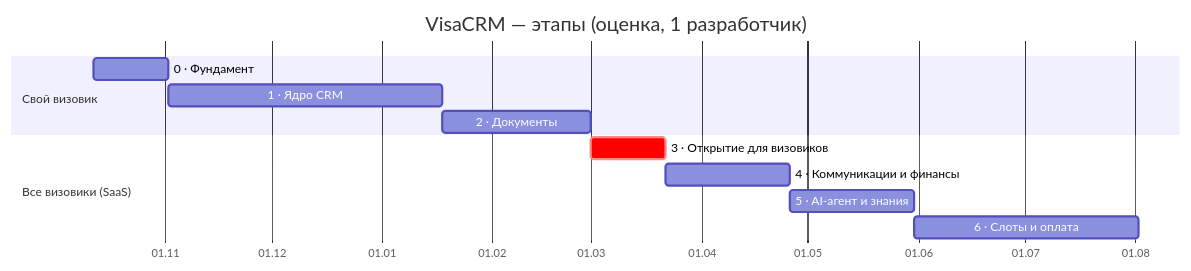
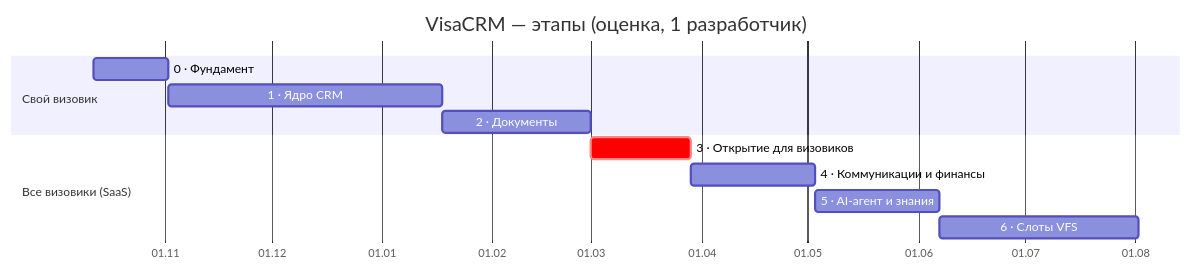
One commit to SvamiBog/visa_crm changed the first of 2 diagrams in docs/roadmap.md. Above: the diagram before and after it, drawn with Mermaid. The commit also changed other lines of this file and 4 other files, not shown here.

````diff
--- a/docs/roadmap.md
+++ b/docs/roadmap.md
@@ -25,15 +25,15 @@
 ```mermaid
 gantt
   title VisaCRM — этапы (оценка, 1 разработчик)
   dateFormat YYYY-MM-DD
   axisFormat %d.%m
   section Свой визовик
   0 · Фундамент              :s0, 2026-10-12, 21d
   1 · Ядро CRM               :s1, after s0, 77d
   2 · Документы              :s2, after s1, 42d
   section Все визовики (SaaS)
-  3 · Открытие для визовиков :crit, s3, after s2, 21d
+  3 · Открытие для визовиков :crit, s3, after s2, 28d
   4 · Коммуникации и финансы :s4, after s3, 35d
   5 · AI-агент и знания      :s5, after s4, 35d
-  6 · Слоты и оплата         :s6, after s5, 63d
+  6 · Слоты VFS              :s6, after s5, 56d
 ```
````
